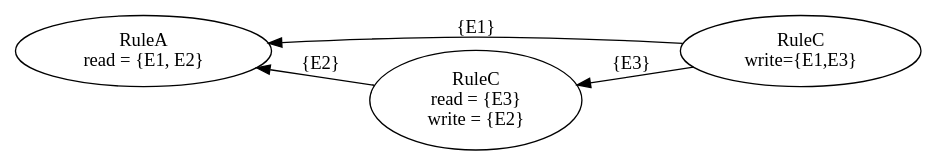
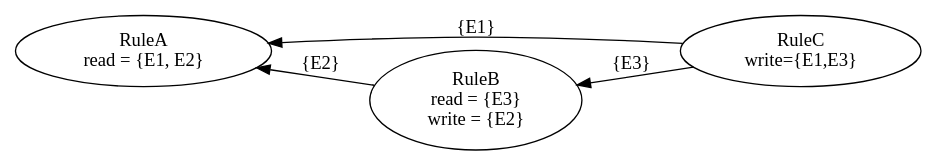
The diagram in doc/figschedule1.dot (cambridgehackers/atomicc), drawn with Graphviz before and after one commit. The commit also changed 5 other files, not shown here.

```diff
--- a/doc/figschedule1.dot
+++ b/doc/figschedule1.dot
@@ -1,11 +1,11 @@
 digraph figschedule1
 {
   rankdir=RL;
   ruleA [label="RuleA\nread = {E1, E2}"];
-  ruleB [label="RuleC\nread = {E3}\nwrite = {E2}"];
+  ruleB [label="RuleB\nread = {E3}\nwrite = {E2}"];
   ruleC [label="RuleC\nwrite={E1,E3}"];
 
   ruleC -> ruleB [label="{E3}"];
   ruleC -> ruleA [label="{E1}"];
   ruleB -> ruleA [label="{E2}"];
 }
```
